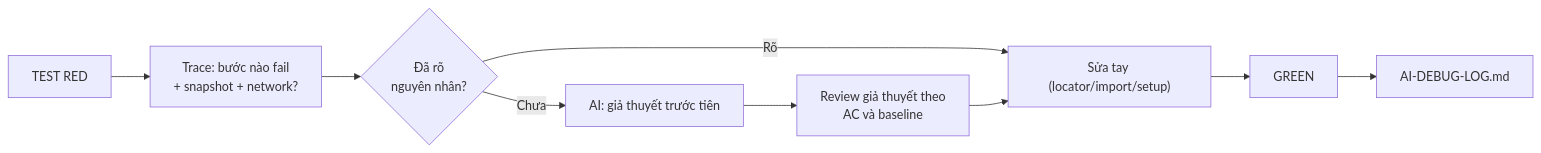
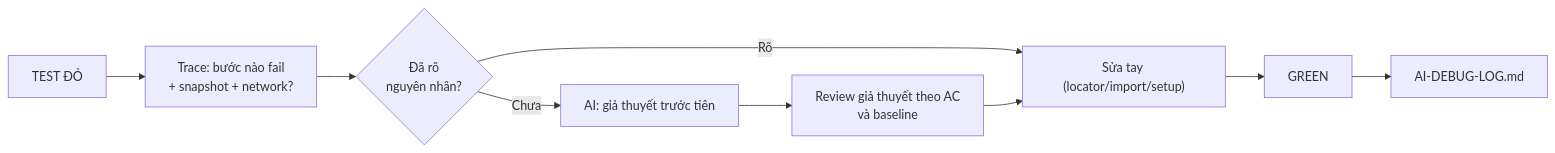
The third of 4 diagrams in docs/curriculum/MODULE-07-ai-playwright.md (heino-labs/gen-ai-labs), drawn with Mermaid before and after one commit. The commit also changed other lines of this file and 10 other files, not shown here.

Commit message:
Refactor MODULE-09-capstone.md and README.md for clarity and structure; enhance narrative flow and emphasize evidence-based learning in AI testing curriculum.

````diff
--- a/docs/curriculum/MODULE-07-ai-playwright.md
+++ b/docs/curriculum/MODULE-07-ai-playwright.md
@@ -161,10 +102,10 @@
 ```mermaid
 flowchart LR
-    RED["TEST RED"] --> TR["Trace: bước nào fail<br/>+ snapshot + network?"]
+    RED["TEST ĐỎ"] --> TR["Trace: bước nào fail<br/>+ snapshot + network?"]
     TR --> H{"Đã rõ<br/>nguyên nhân?"}
     H -- Rõ --> FIX["Sửa tay (locator/import/setup)"]
     H -- Chưa --> AIF["AI: giả thuyết trước tiên"]
-    AIF --> REV["Review giả thuyết theo<br/>AC và baseline"]
+    AIF --> REV["Review giả thuyết theo AC<br/>và baseline"]
     REV --> FIX
     FIX --> GREEN["GREEN"] --> LOG2["AI-DEBUG-LOG.md"]
 ```
````
